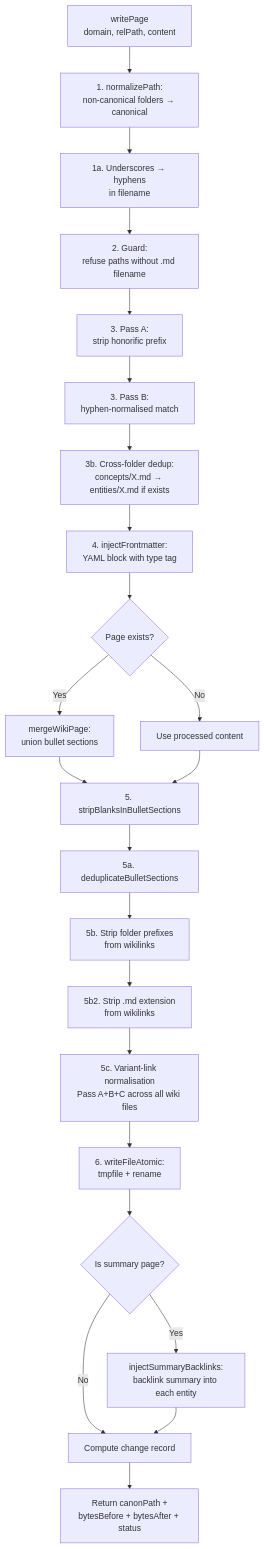
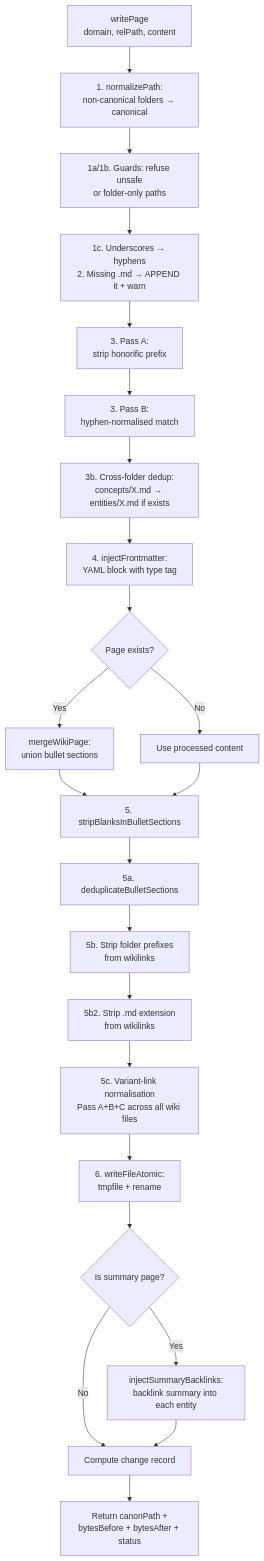
Before and after one commit to talirezun/the-curator: the fourth of 7 diagrams in docs/ingestion-pipeline.md, drawn with Mermaid. The commit also changed other lines of this file and 40 other files, not shown here.

````diff
--- a/docs/ingestion-pipeline.md
+++ b/docs/ingestion-pipeline.md
@@ -219,26 +221,26 @@
 ```mermaid
 flowchart TD
     A[writePage<br/>domain, relPath, content] --> B[1. normalizePath:<br/>non-canonical folders → canonical]
-    B --> C[1a. Underscores → hyphens<br/>in filename]
-    C --> D[2. Guard:<br/>refuse paths without .md filename]
+    B --> C[1a/1b. Guards: refuse unsafe<br/>or folder-only paths]
+    C --> D[1c. Underscores → hyphens<br/>2. Missing .md → APPEND it + warn]
     D --> E[3. Pass A:<br/>strip honorific prefix]
     E --> F[3. Pass B:<br/>hyphen-normalised match]
     F --> G[3b. Cross-folder dedup:<br/>concepts/X.md → entities/X.md if exists]
     G --> H[4. injectFrontmatter:<br/>YAML block with type tag]
     H --> I{Page exists?}
     I -- Yes --> J[mergeWikiPage:<br/>union bullet sections]
     I -- No --> K[Use processed content]
     J --> L
     K --> L
     L[5. stripBlanksInBulletSections]
     L --> M[5a. deduplicateBulletSections]
     M --> N[5b. Strip folder prefixes<br/>from wikilinks]
     N --> N2[5b2. Strip .md extension<br/>from wikilinks]
     N2 --> O[5c. Variant-link normalisation<br/>Pass A+B+C across all wiki files]
     O --> P[6. writeFileAtomic:<br/>tmpfile + rename]
     P --> Q{Is summary page?}
     Q -- Yes --> R[injectSummaryBacklinks:<br/>backlink summary into each entity]
     Q -- No --> S[Compute change record]
     R --> S
     S --> T[Return canonPath +<br/>bytesBefore + bytesAfter + status]
 ```
````
